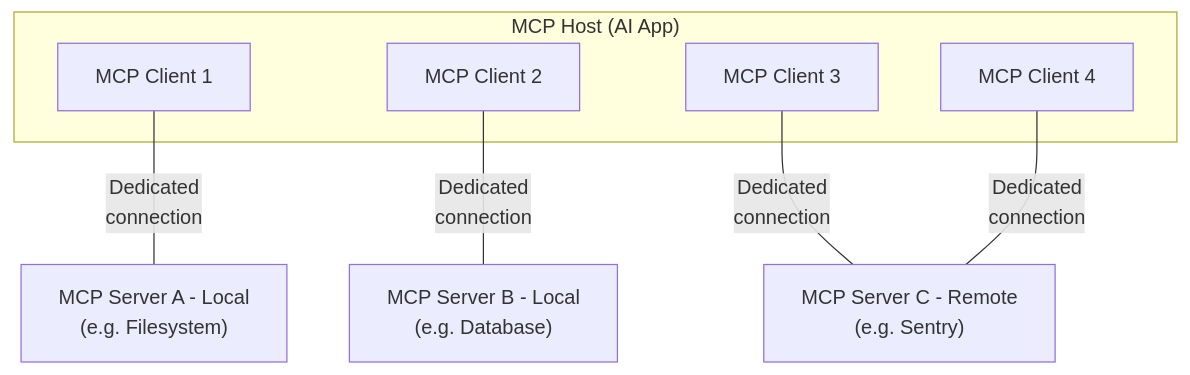
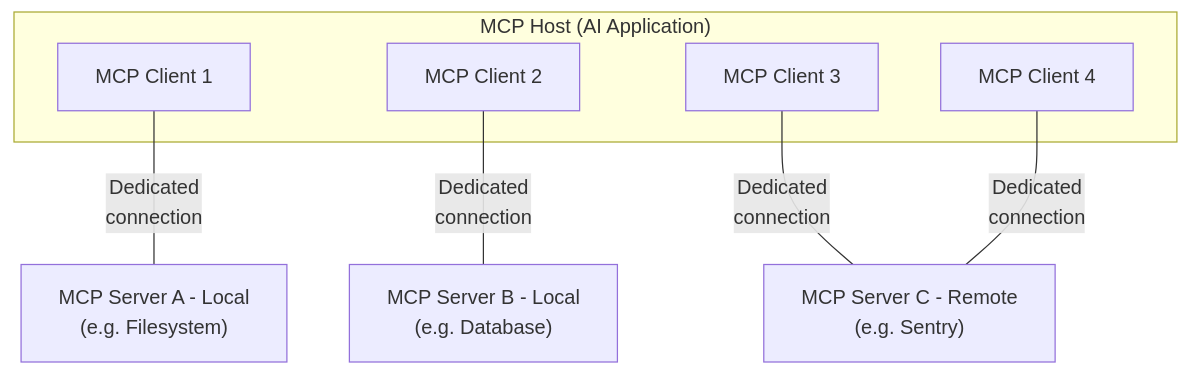
Before and after one commit to modelcontextprotocol/modelcontextprotocol: the diagram in docs/docs/learn/architecture.mdx, drawn with Mermaid.

Commit message:
Update architecture.mdx documentation

````diff
--- a/docs/docs/learn/architecture.mdx
+++ b/docs/docs/learn/architecture.mdx
@@ -44,18 +44,18 @@
 ```mermaid
 graph TB
-    subgraph "MCP Host (AI App)"
+    subgraph "MCP Host (AI Application)"
         Client1["MCP Client 1"]
         Client2["MCP Client 2"]
         Client3["MCP Client 3"]
         Client4["MCP Client 4"]
     end
 
     ServerA["MCP Server A - Local<br/>(e.g. Filesystem)"]
     ServerB["MCP Server B - Local<br/>(e.g. Database)"]
     ServerC["MCP Server C - Remote<br/>(e.g. Sentry)"]
 
     Client1 ---|"Dedicated<br/>connection"| ServerA
     Client2 ---|"Dedicated<br/>connection"| ServerB
     Client3 ---|"Dedicated<br/>connection"| ServerC
     Client4 ---|"Dedicated<br/>connection"| ServerC
 ```
````
